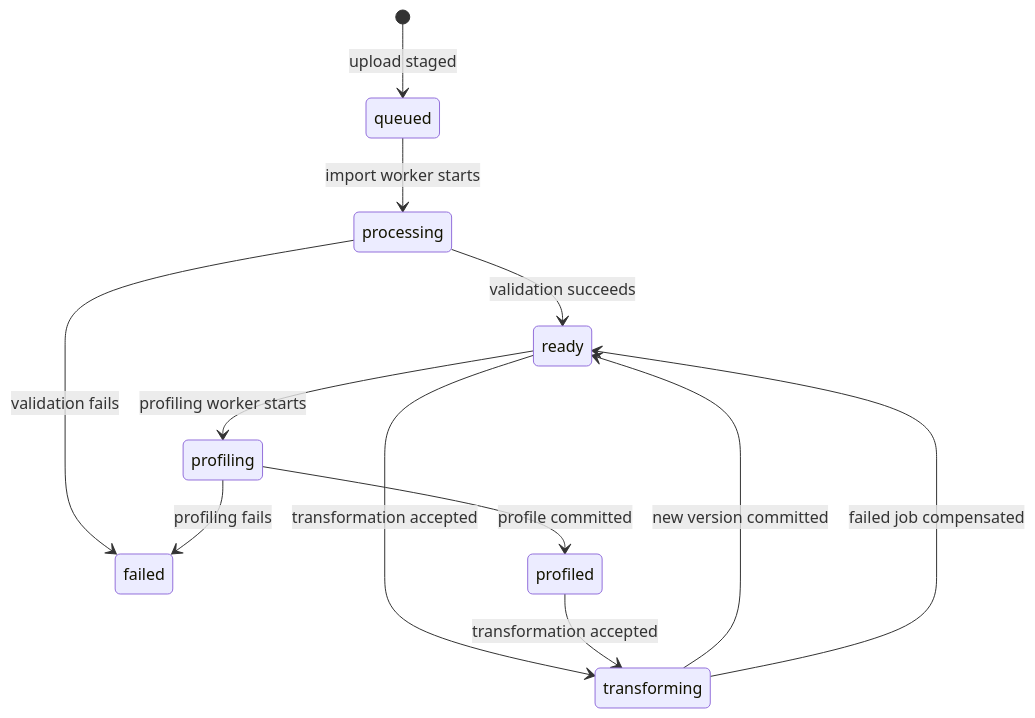
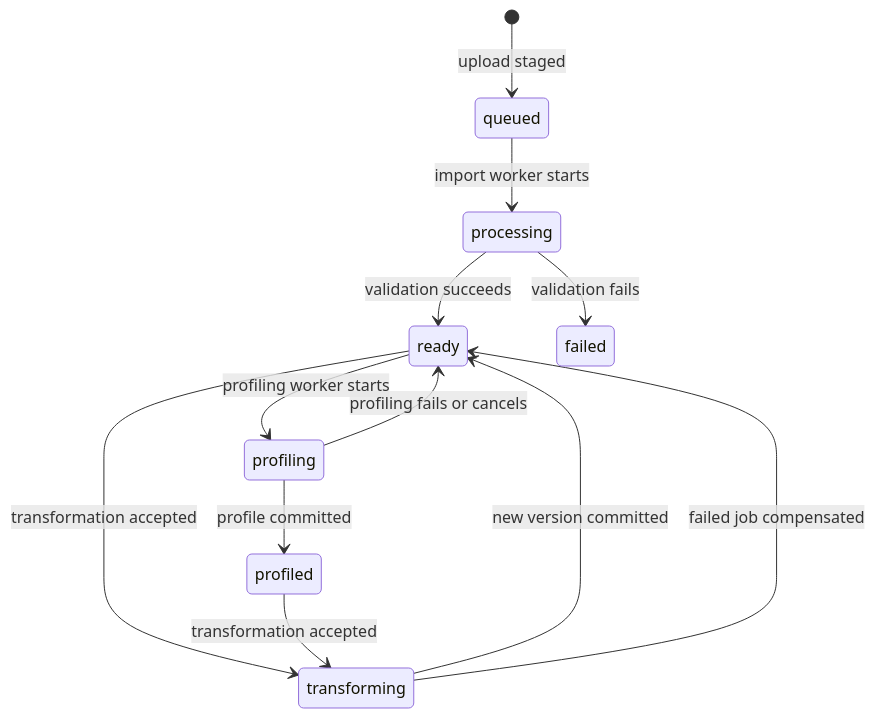
The second of 2 diagrams in docs/ARCHITECTURE.md (MauricioTaguchi/data-analytics-platform), drawn with Mermaid before and after one commit. The commit also changed other lines of this file and 117 other files, not shown here.

````diff
--- a/docs/ARCHITECTURE.md
+++ b/docs/ARCHITECTURE.md
@@ -36,14 +36,14 @@
 ```mermaid
 stateDiagram-v2
     [*] --> queued: upload staged
     queued --> processing: import worker starts
     processing --> ready: validation succeeds
     processing --> failed: validation fails
     ready --> profiling: profiling worker starts
     profiling --> profiled: profile committed
-    profiling --> failed: profiling fails
+    profiling --> ready: profiling fails or cancels
     ready --> transforming: transformation accepted
     profiled --> transforming: transformation accepted
     transforming --> ready: new version committed
     transforming --> ready: failed job compensated
 ```
````
